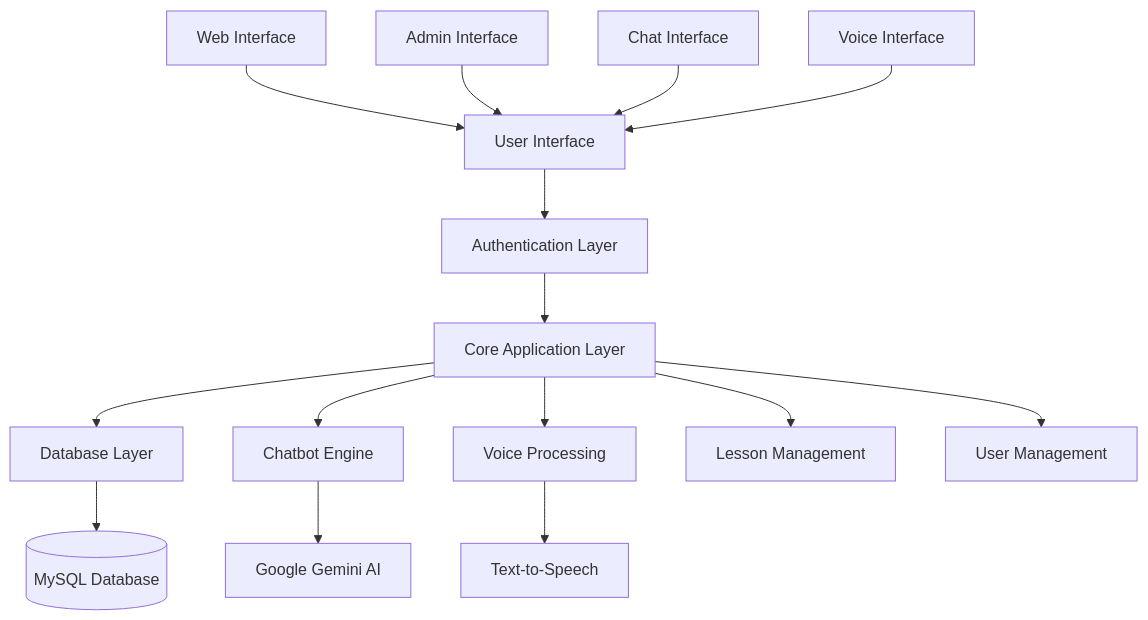
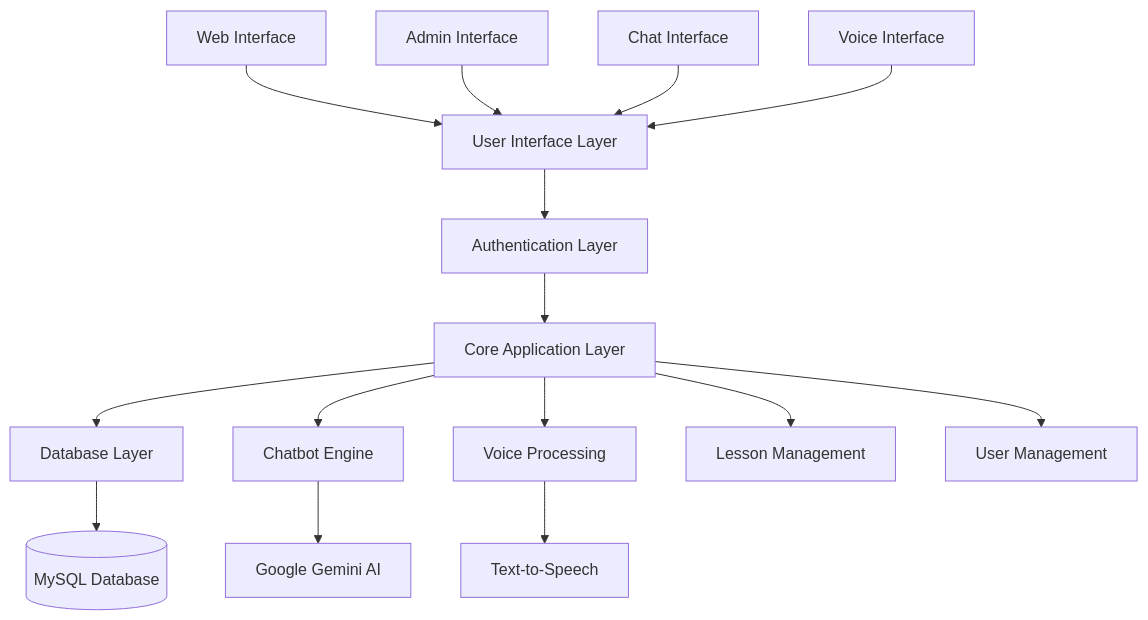
The first of 8 diagrams in README.md (BaoHan1712/Chatbot_teach_English), drawn with Mermaid before and after one commit. The commit also changed other lines of this file, not shown here.

````diff
--- a/README.md
+++ b/README.md
@@ -9,25 +11,25 @@
 ```mermaid
 graph TD
-    A[User Interface] --> B[Authentication Layer]
+    A[User Interface Layer] --> B[Authentication Layer]
     B --> C[Core Application Layer]
     C --> D[Database Layer]
 
     %% User Interface Components
     A1[Web Interface] --> A
     A2[Admin Interface] --> A
     A3[Chat Interface] --> A
     A4[Voice Interface] --> A
 
     %% Core Application Components
     C --> C1[Chatbot Engine]
     C --> C2[Voice Processing]
     C --> C3[Lesson Management]
     C --> C4[User Management]
 
     %% Database Interactions
     D --> D1[(MySQL Database)]
 
     %% External Services
     C1 --> E1[Google Gemini AI]
     C2 --> E2[Text-to-Speech]
 ```
````
